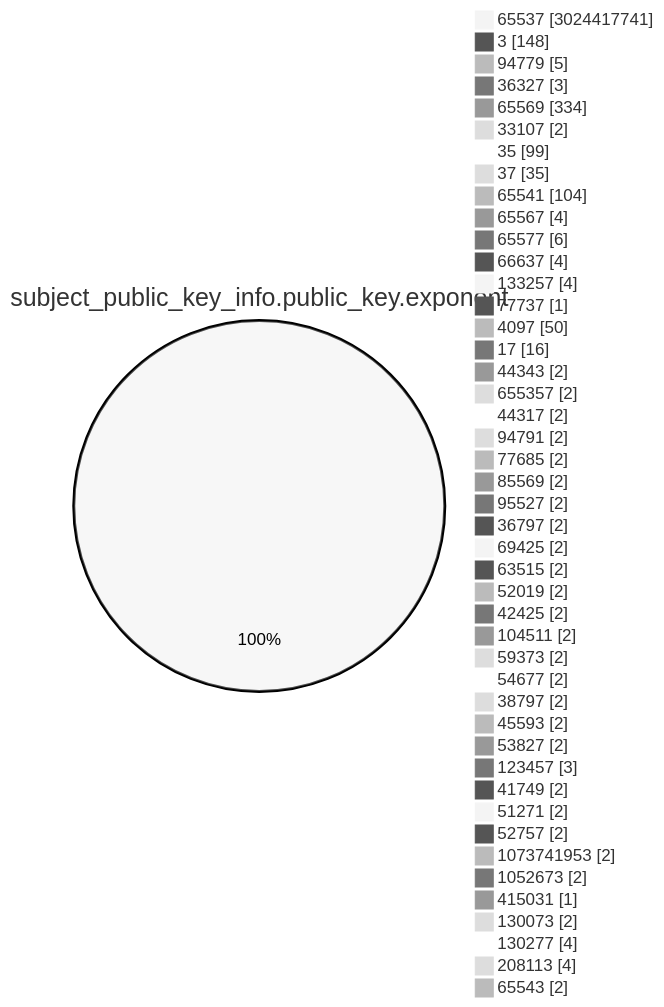
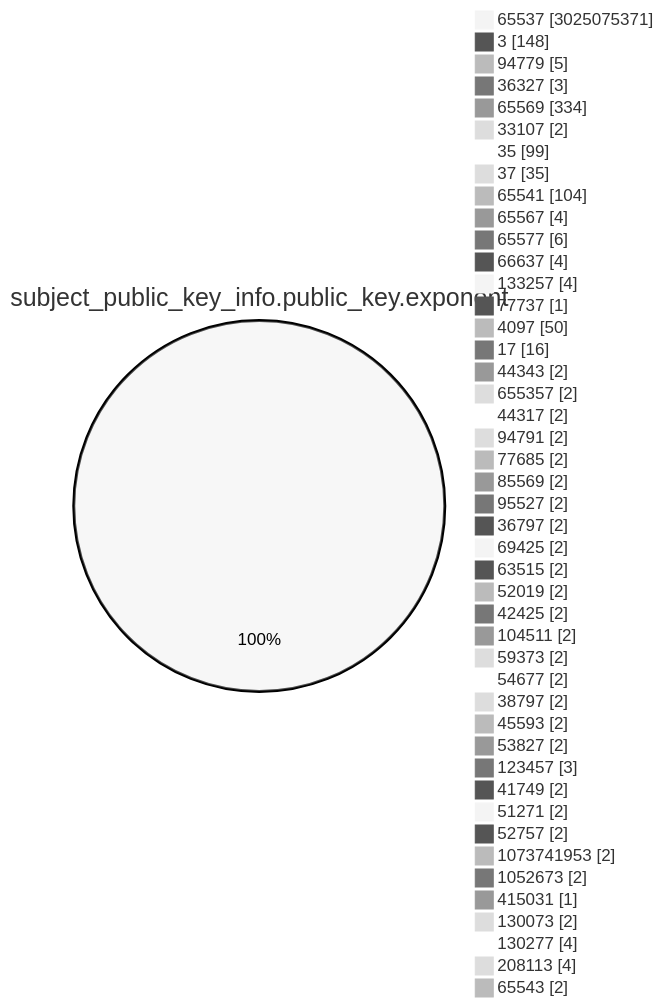
The fourth of 15 diagrams in TOTAL/README.md (christiankrug/ctmonitor_visualization), drawn with Mermaid (neutral theme) before and after one commit. The commit also changed other lines of this file, not shown here.

````diff
--- a/TOTAL/README.md
+++ b/TOTAL/README.md
@@ -1473,49 +1473,49 @@
 ```mermaid
 pie showData
 title subject_public_key_info.public_key.exponent
-"65537" :3024417741
+"65537" :3025075371
 "3" :148
 "94779" :5
 "36327" :3
 "65569" :334
 "33107" :2
 "35" :99
 "37" :35
 "65541" :104
 "65567" :4
 "65577" :6
 "66637" :4
 "133257" :4
 "77737" :1
 "4097" :50
 "17" :16
 "44343" :2
 "655357" :2
 "44317" :2
 "94791" :2
 "77685" :2
 "85569" :2
 "95527" :2
 "36797" :2
 "69425" :2
 "63515" :2
 "52019" :2
 "42425" :2
 "104511" :2
 "59373" :2
 "54677" :2
 "38797" :2
 "45593" :2
 "53827" :2
 "123457" :3
 "41749" :2
 "51271" :2
 "52757" :2
 "1073741953" :2
 "1052673" :2
 "415031" :1
 "130073" :2
 "130277" :4
 "208113" :4
 "65543" :2
 ```
````
